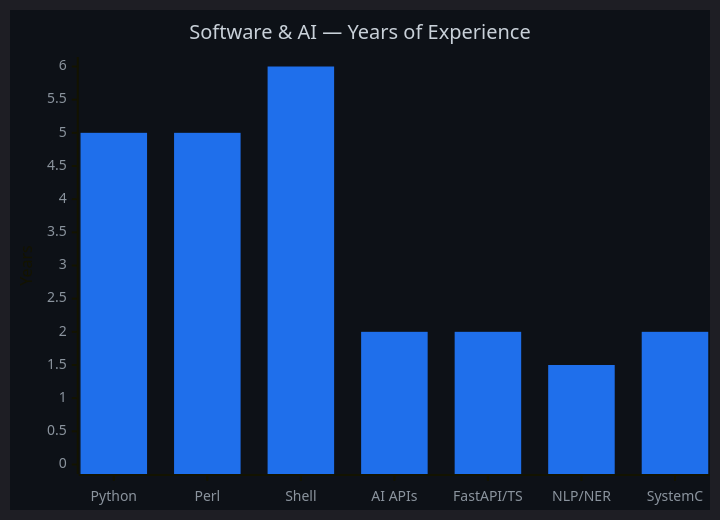
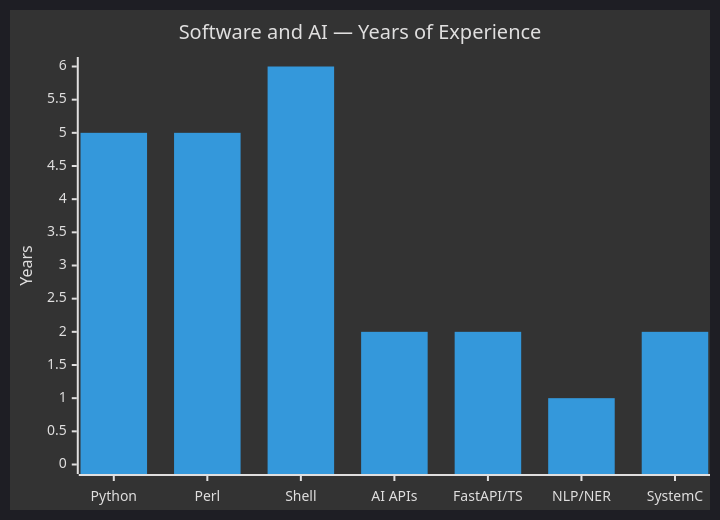
The second of 4 diagrams in README.md (themanmakerX/themanmakerX), drawn with Mermaid before and after one commit. The commit also changed other lines of this file, not shown here.

First line of the commit message:
Refine titles and data in README mermaid charts

````diff
--- a/README.md
+++ b/README.md
@@ -125,8 +125,8 @@
 ```mermaid
-%%{init: {'theme': 'dark', 'themeVariables': {'xyChart': {'backgroundColor': '#0d1117', 'plotColorPalette': '#1f6feb', 'titleColor': '#c9d1d9', 'xAxisLabelColor': '#8b949e', 'yAxisLabelColor': '#8b949e', 'gridColor': '#21262d'}}}}%%
+%%{init: {'theme': 'dark'}}%%
 xychart-beta
-  title "Software & AI — Years of Experience"
+  title "Software and AI — Years of Experience"
   x-axis ["Python", "Perl", "Shell", "AI APIs", "FastAPI/TS", "NLP/NER", "SystemC"]
   y-axis "Years" 0 --> 6
-  bar [5, 5, 6, 2, 2, 1.5, 2]
+  bar [5, 5, 6, 2, 2, 1, 2]
 ```
````
